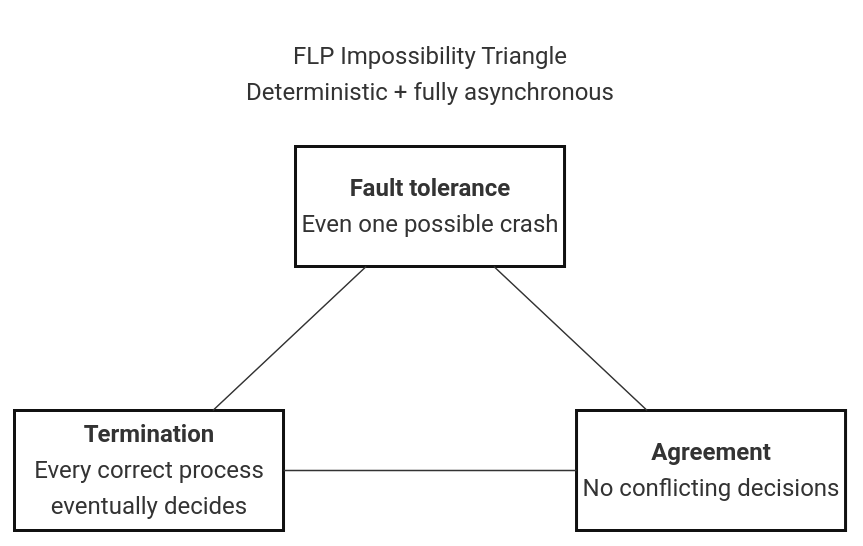
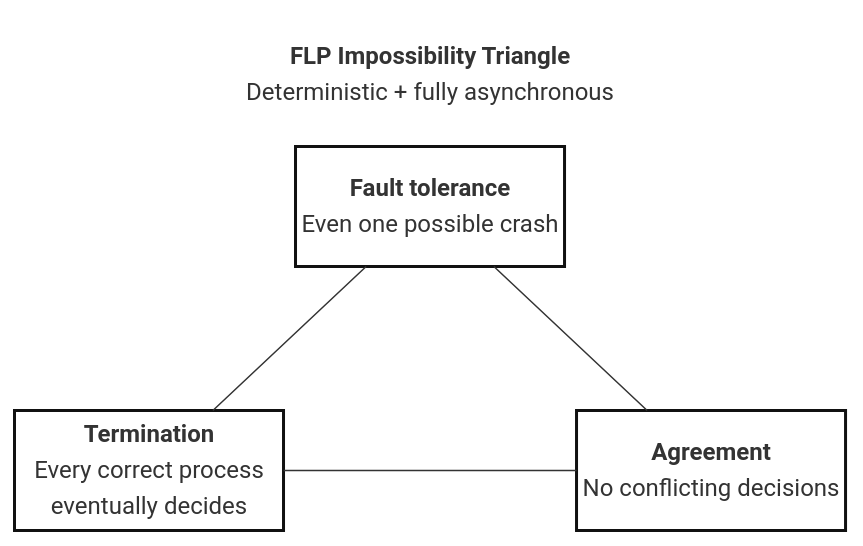
The sixth of 6 diagrams in System-Design/Distributed-Systems-Theorems-and-Data-Structures.md (GasimV/Self-Study-Tech-Projects), drawn with Mermaid before and after one commit.

Commit message:
docs: enhance FLP Impossibility Triangle formatting for improved clarity

````diff
--- a/System-Design/Distributed-Systems-Theorems-and-Data-Structures.md
+++ b/System-Design/Distributed-Systems-Theorems-and-Data-Structures.md
@@ -854,24 +854,24 @@
 ```mermaid
 block-beta
     columns 3
 
-    H["FLP Impossibility Triangle<br/>Deterministic + fully asynchronous"]:3
+    H["<b>FLP Impossibility Triangle</b><br/>Deterministic + fully asynchronous"]:3
 
     space
     F["<b>Fault tolerance</b><br/>Even one possible crash"]
     space
 
     space:3
 
     T["<b>Termination</b><br/>Every correct process<br/>eventually decides"]
     space
     A["<b>Agreement</b><br/>No conflicting decisions"]
 
     F --- T
     F --- A
     T --- A
 
     classDef property fill:#fff,stroke:#111,stroke-width:2px,color:#111
     class F,T,A property
     style H fill:transparent,stroke:transparent,color:#111
 ```
````
